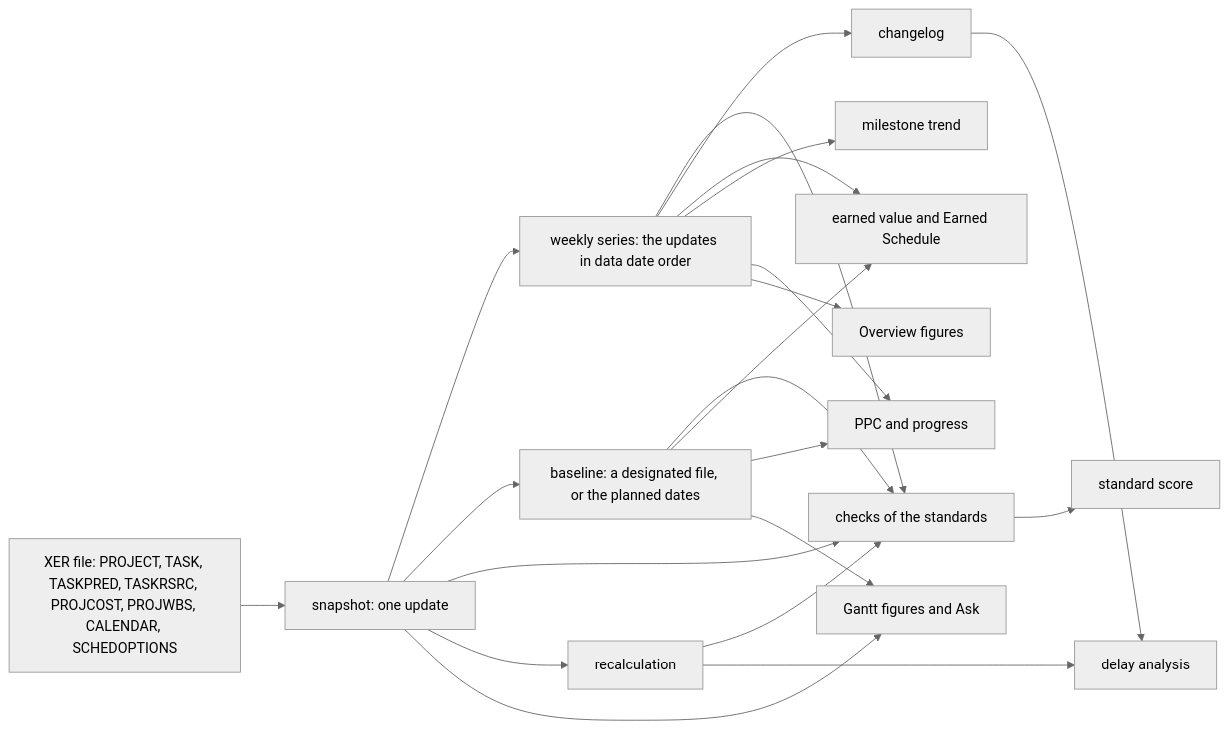
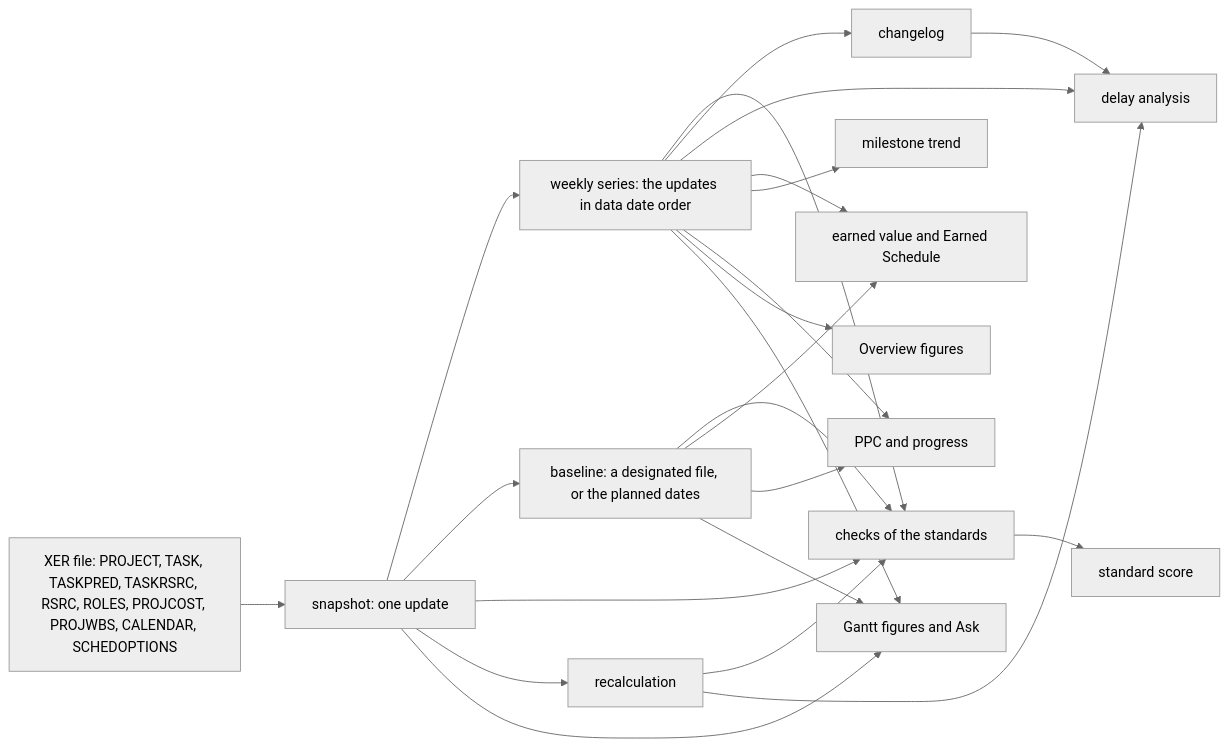
Before and after one commit to Xerscope/Xerscope: the first of 12 diagrams in docs/formula-sheet.md, drawn with Mermaid (neutral theme). The commit also changed other lines of this file and 6 other files, not shown here.

````diff
--- a/docs/formula-sheet.md
+++ b/docs/formula-sheet.md
@@ -23,37 +25,39 @@
 ```mermaid
 flowchart LR
-  xer["XER file: PROJECT, TASK, TASKPRED, TASKRSRC, PROJCOST, PROJWBS, CALENDAR, SCHEDOPTIONS"]
+  xer["XER file: PROJECT, TASK, TASKPRED, TASKRSRC, RSRC, ROLES, PROJCOST, PROJWBS, CALENDAR, SCHEDOPTIONS"]
   snap["snapshot: one update"]
   series["weekly series: the updates in data date order"]
   bl["baseline: a designated file, or the planned dates"]
   checks["checks of the standards"]
   score["standard score"]
   recalc["recalculation"]
   changes["changelog"]
   delay["delay analysis"]
   ev["earned value and Earned Schedule"]
   mta["milestone trend"]
   ppc["PPC and progress"]
   overview["Overview figures"]
   gantt["Gantt figures and Ask"]
   xer --> snap
   snap --> series
   snap --> bl
   snap --> checks
   bl --> checks
   series --> checks
   checks --> score
   snap --> recalc
   recalc --> checks
   series --> changes
   changes --> delay
+  series --> delay
   recalc --> delay
   bl --> ev
   series --> ev
   series --> mta
   series --> ppc
   bl --> ppc
   series --> overview
   snap --> gantt
   bl --> gantt
+  series --> gantt
 ```
````
